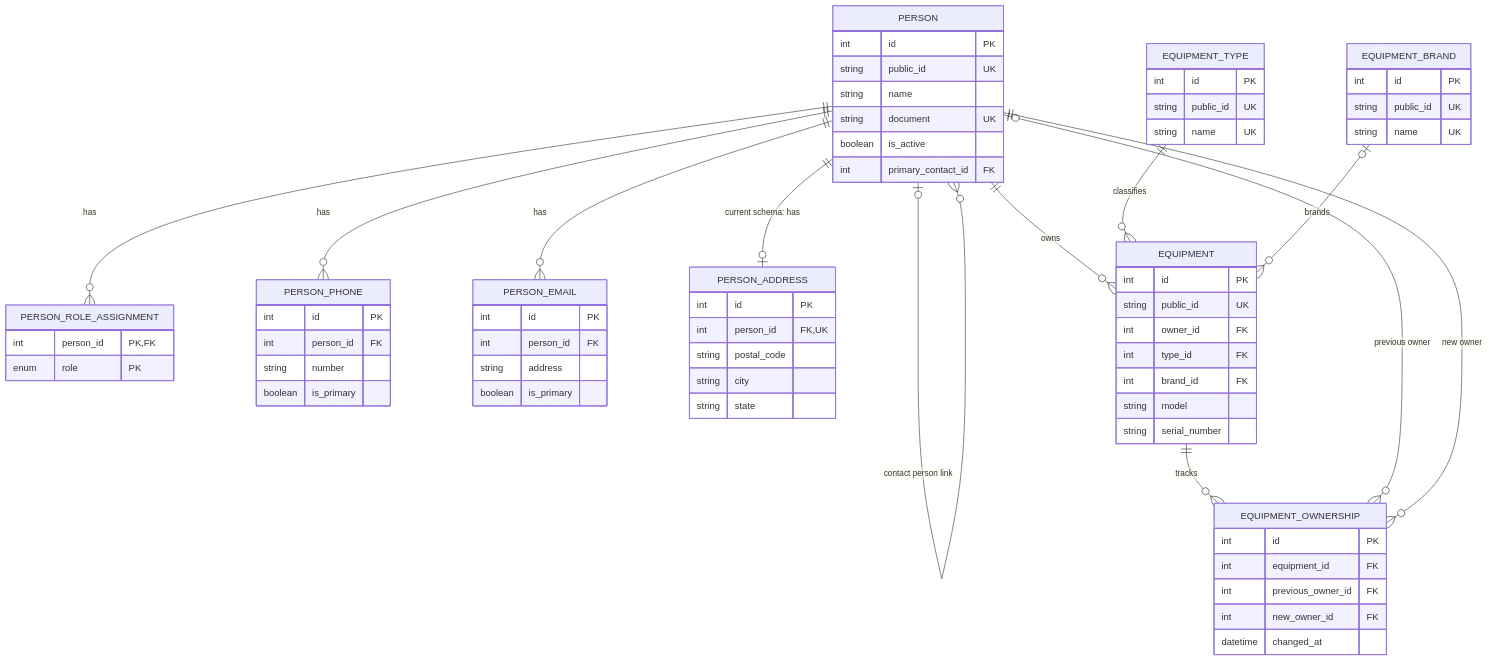
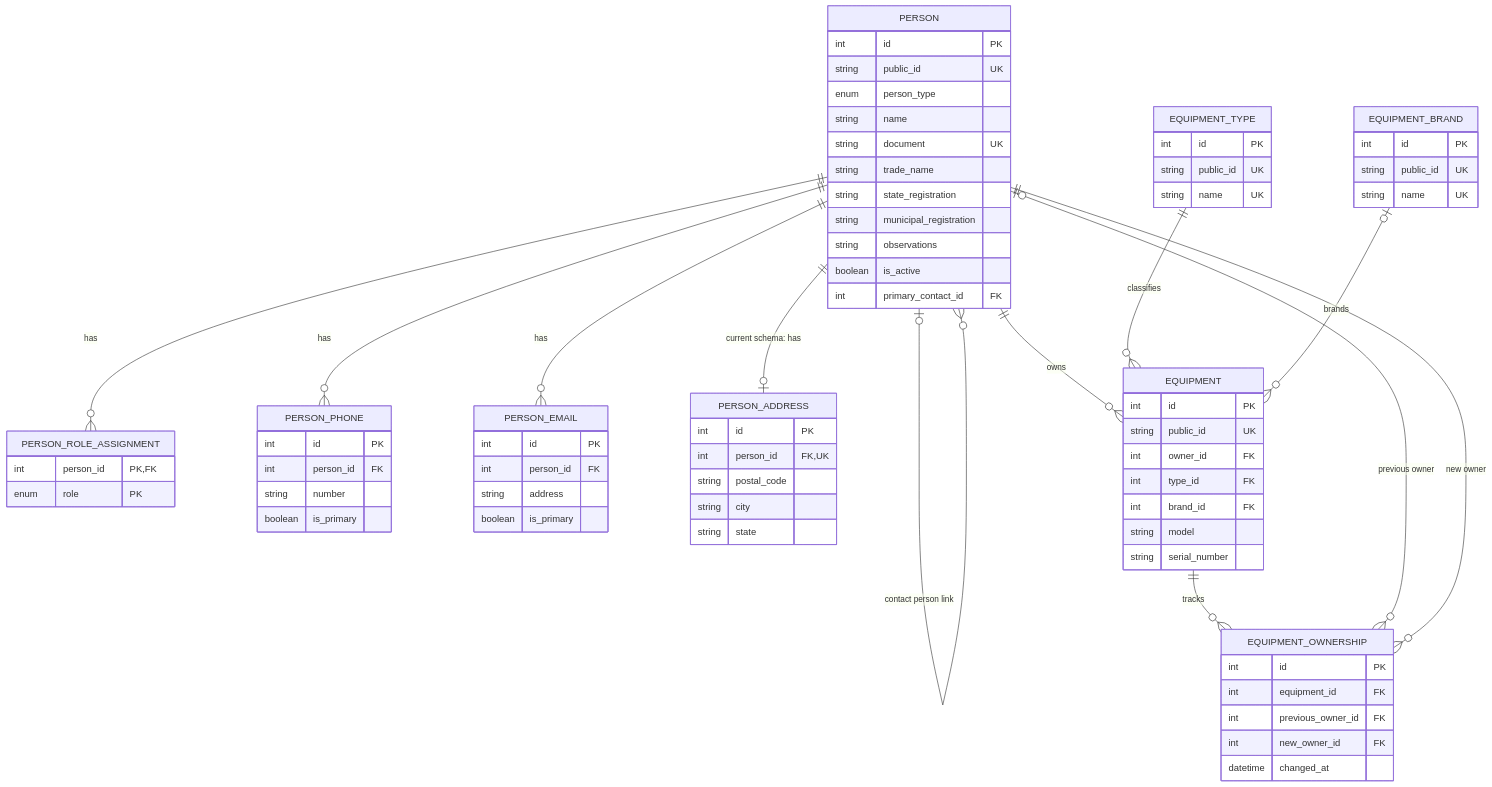
The diagram in docs/modelagem/Diagrama-Entidades.md (Noteduke/SistemaGestorOS), drawn with Mermaid before and after one commit. The commit also changed other lines of this file and 5 other files, not shown here.

````diff
--- a/docs/modelagem/Diagrama-Entidades.md
+++ b/docs/modelagem/Diagrama-Entidades.md
@@ -17,72 +17,77 @@
 ```mermaid
 erDiagram
   PERSON ||--o{ PERSON_ROLE_ASSIGNMENT : has
   PERSON ||--o{ PERSON_PHONE : has
   PERSON ||--o{ PERSON_EMAIL : has
   PERSON ||--o| PERSON_ADDRESS : "current schema: has"
   PERSON o|--o{ PERSON : "contact person link"
   PERSON ||--o{ EQUIPMENT : owns
   EQUIPMENT_TYPE ||--o{ EQUIPMENT : classifies
   EQUIPMENT_BRAND o|--o{ EQUIPMENT : brands
   EQUIPMENT ||--o{ EQUIPMENT_OWNERSHIP : tracks
   PERSON o|--o{ EQUIPMENT_OWNERSHIP : "previous owner"
   PERSON ||--o{ EQUIPMENT_OWNERSHIP : "new owner"
 
   PERSON {
     int id PK
     string public_id UK
+    enum person_type
     string name
     string document UK
+    string trade_name
+    string state_registration
+    string municipal_registration
+    string observations
     boolean is_active
     int primary_contact_id FK
   }
   PERSON_ROLE_ASSIGNMENT {
     int person_id PK,FK
     enum role PK
   }
   PERSON_PHONE {
     int id PK
     int person_id FK
     string number
     boolean is_primary
   }
   PERSON_EMAIL {
     int id PK
     int person_id FK
     string address
     boolean is_primary
   }
   PERSON_ADDRESS {
     int id PK
     int person_id FK,UK
     string postal_code
     string city
     string state
   }
   EQUIPMENT_TYPE {
     int id PK
     string public_id UK
     string name UK
   }
   EQUIPMENT_BRAND {
     int id PK
     string public_id UK
     string name UK
   }
   EQUIPMENT {
     int id PK
     string public_id UK
     int owner_id FK
     int type_id FK
     int brand_id FK
     string model
     string serial_number
   }
   EQUIPMENT_OWNERSHIP {
     int id PK
     int equipment_id FK
     int previous_owner_id FK
     int new_owner_id FK
     datetime changed_at
   }
 ```
````
